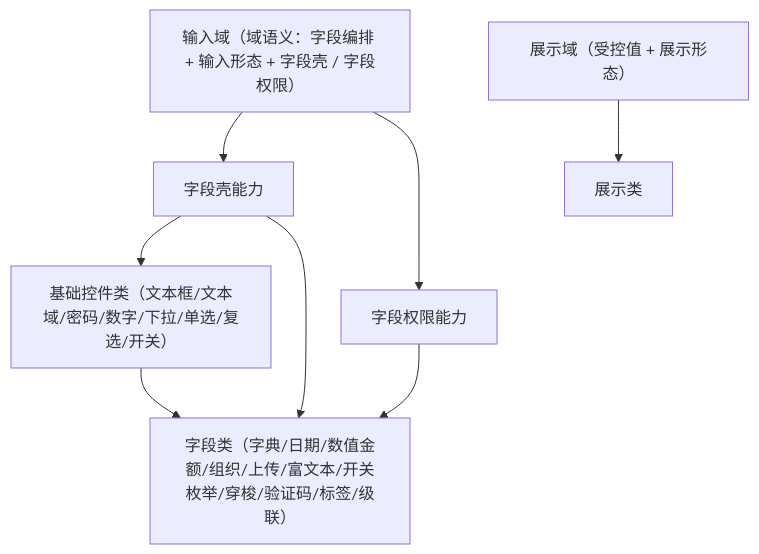
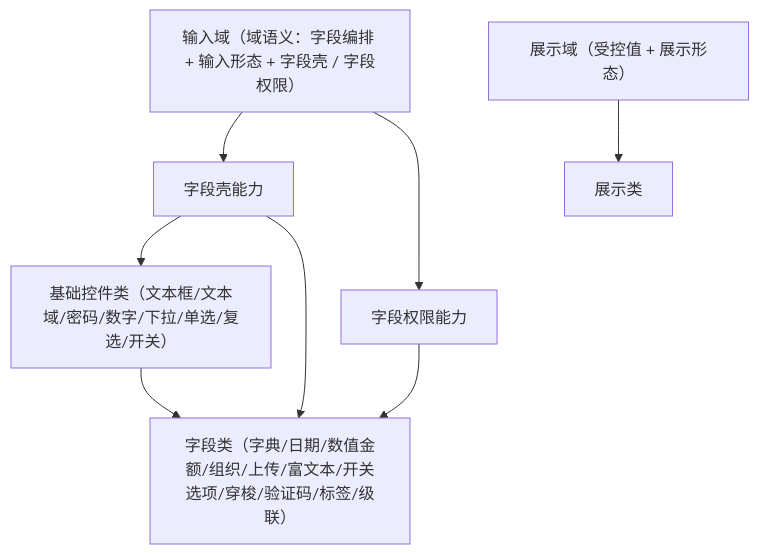
The diagram in bms文档/设计/组件设计/02_基础组件类/03_域基类/01_组件设计_输入域基类/01_组件设计_输入域基类.md (minjian123/basic-management-system), drawn with Mermaid before and after one commit. The commit also changed other lines of this file and 14 other files, not shown here.

````diff
--- a/bms文档/设计/组件设计/02_基础组件类/03_域基类/01_组件设计_输入域基类/01_组件设计_输入域基类.md
+++ b/bms文档/设计/组件设计/02_基础组件类/03_域基类/01_组件设计_输入域基类/01_组件设计_输入域基类.md
@@ -16,10 +16,10 @@
 ```mermaid
 flowchart TD
     B["输入域（域语义：字段编排 + 输入形态 + 字段壳 / 字段权限）"] --> W["字段壳能力"]
     B --> P["字段权限能力"]
     W --> C["基础控件类（文本框/文本域/密码/数字/下拉/单选/复选/开关）"]
-    C --> F["字段类（字典/日期/数值金额/组织/上传/富文本/开关枚举/穿梭/验证码/标签/级联）"]
+    C --> F["字段类（字典/日期/数值金额/组织/上传/富文本/开关选项/穿梭/验证码/标签/级联）"]
     P --> F
     W --> F
     D["展示域（受控值 + 展示形态）"] --> G["展示类"]
 ```
````
